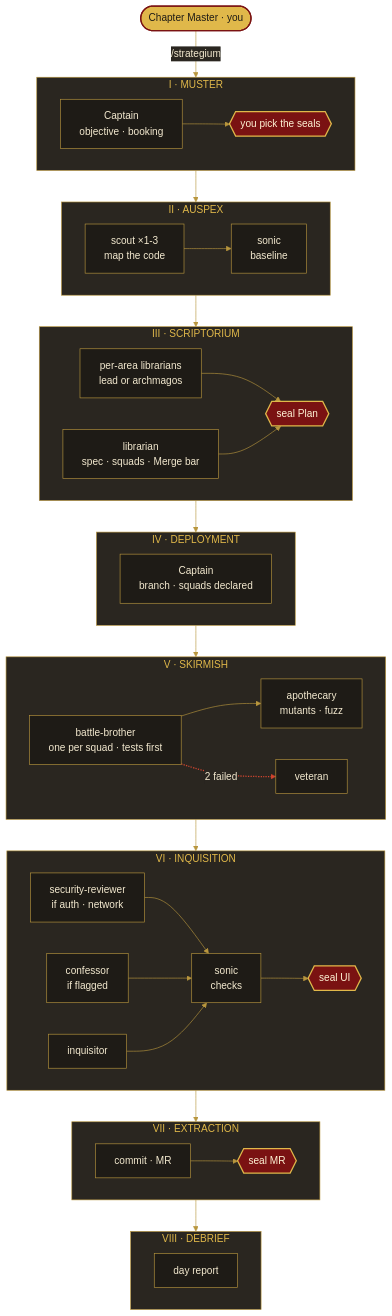
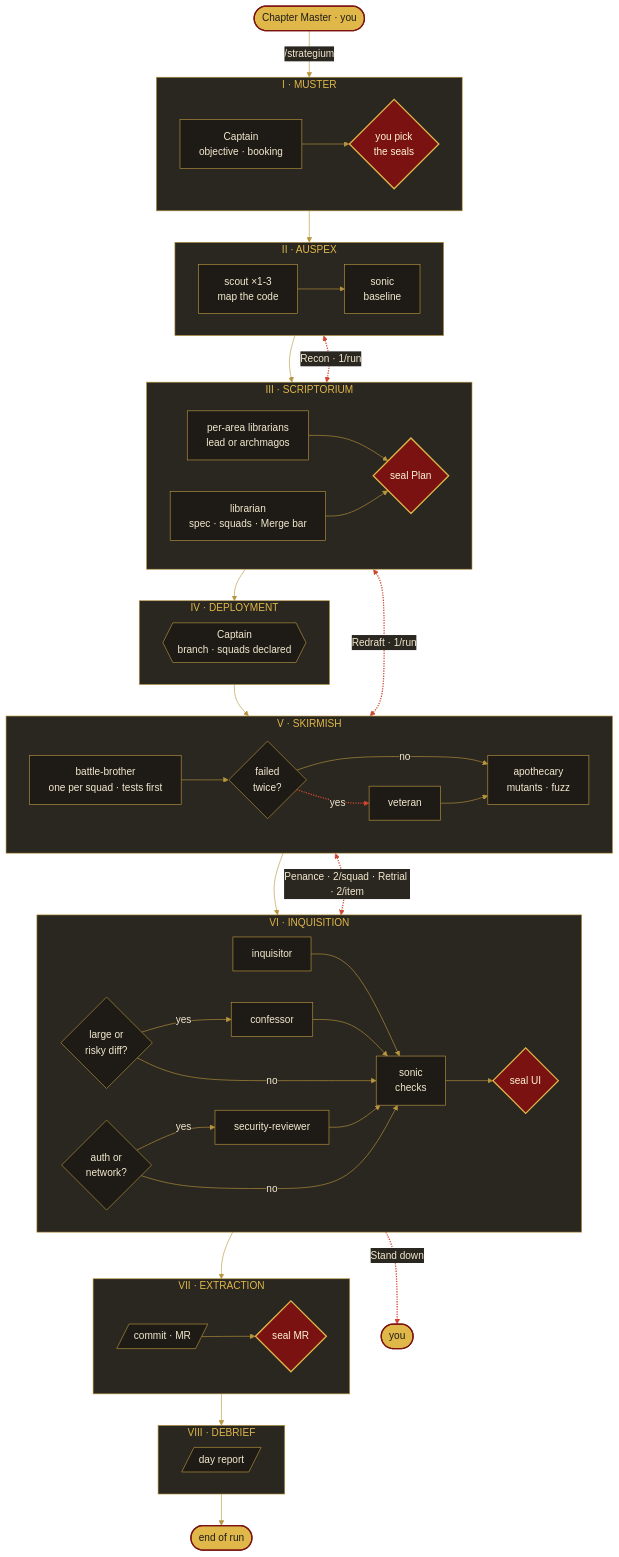
One commit to frandev94/strategium changed the first of 2 diagrams in README.md. Above: the diagram before and after it, drawn with Mermaid. The commit also changed other lines of this file and 1 other file, not shown here.

Commit message:
docs(readme): flowchart symbols and returns in the run diagram

````diff
--- a/README.md
+++ b/README.md
@@ -33,56 +33,66 @@
 ```mermaid
 %%{init: {"theme": "base", "themeVariables": {"lineColor": "#b8963e", "edgeLabelBackground": "#2a2620", "textColor": "#f3e9cf", "fontFamily": "Georgia, serif"}}}%%
 flowchart TB
   U(["Chapter Master · you"]) -->|"/strategium"| muster
 
   subgraph muster["I · MUSTER"]
     direction LR
-    M["Captain<br/>objective · booking"] --> S0{{"you pick the seals"}}
+    M["Captain<br/>objective · booking"] --> S0{"you pick<br/>the seals"}
   end
   subgraph auspex["II · AUSPEX"]
     direction LR
     A1["scout ×1-3<br/>map the code"] --> A2["sonic<br/>baseline"]
   end
   subgraph scriptorium["III · SCRIPTORIUM"]
     direction LR
-    L2["per-area librarians<br/>lead or archmagos"] --> SP{{"seal Plan"}}
+    L2["per-area librarians<br/>lead or archmagos"] --> SP{"seal Plan"}
     L1["librarian<br/>spec · squads · Merge bar"] --> SP
   end
   subgraph deployment["IV · DEPLOYMENT"]
     direction LR
-    D["Captain<br/>branch · squads declared"]
+    D{{"Captain<br/>branch · squads declared"}}
   end
   subgraph skirmish["V · SKIRMISH"]
     direction LR
-    B1["battle-brother<br/>one per squad · tests first"] --> B3["apothecary<br/>mutants · fuzz"]
-    B1 -.->|"2 failed"| B2["veteran"]
+    B1["battle-brother<br/>one per squad · tests first"] --> BF{"failed<br/>twice?"}
+    BF -->|"no"| B3["apothecary<br/>mutants · fuzz"]
+    BF -.->|"yes"| B2["veteran"] --> B3
   end
   subgraph inquisition["VI · INQUISITION"]
     direction LR
-    Q3["security-reviewer<br/>if auth · network"] --> Q4["sonic<br/>checks"]
-    Q2["confessor<br/>if flagged"] --> Q4
-    Q1["inquisitor"] --> Q4
-    Q4 --> SU{{"seal UI"}}
+    Q1["inquisitor"] --> Q4["sonic<br/>checks"]
+    QF{"large or<br/>risky diff?"} -->|"yes"| Q2["confessor"] --> Q4
+    QF -->|"no"| Q4
+    QS{"auth or<br/>network?"} -->|"yes"| Q3["security-reviewer"] --> Q4
+    QS -->|"no"| Q4
+    Q4 --> SU{"seal UI"}
   end
   subgraph extraction["VII · EXTRACTION"]
     direction LR
-    X["commit · MR"] --> SM{{"seal MR"}}
+    X[/"commit · MR"/] --> SM{"seal MR"}
   end
   subgraph debrief["VIII · DEBRIEF"]
     direction LR
-    F["day report"]
+    F[/"day report"/]
   end
 
-  muster --> auspex --> scriptorium --> deployment --> skirmish --> inquisition --> extraction --> debrief
+  muster --> auspex --> scriptorium --> deployment --> skirmish --> inquisition --> extraction --> debrief --> E(["end of run"])
+
+  auspex <-.->|"Recon · 1/run"| scriptorium
+  scriptorium <-.->|"Redraft · 1/run"| skirmish
+  skirmish <-.->|"Penance · 2/squad · Retrial · 2/item"| inquisition
+  inquisition -.->|"Stand down"| Y(["you"])
 
   classDef agent fill:#1e1b16,stroke:#b8963e,color:#f3e9cf
   classDef seal fill:#7a1212,stroke:#e0b84a,stroke-width:2px,color:#fff4d6
   classDef you fill:#e0b84a,stroke:#7a1212,stroke-width:2px,color:#1e1b16
   classDef station fill:#2a2620,stroke:#b8963e,color:#e0b84a
   class M,A1,A2,L1,L2,D,B1,B2,B3,Q1,Q2,Q3,Q4,X,F agent
   class S0,SP,SU,SM seal
-  class U you
+  class BF,QF,QS agent
+  class U,E,Y you
   class muster,auspex,scriptorium,deployment,skirmish,inquisition,extraction,debrief station
   linkStyle 0 stroke:#b8963e,color:#f3e9cf
-  linkStyle 6 stroke:#d0452f,stroke-width:2px,color:#f3e9cf
+  linkStyle 6,10,12,13,15 color:#f3e9cf
+  linkStyle 7,26,27,28,29 stroke:#d0452f,stroke-width:2px,color:#f3e9cf
 ```
````
